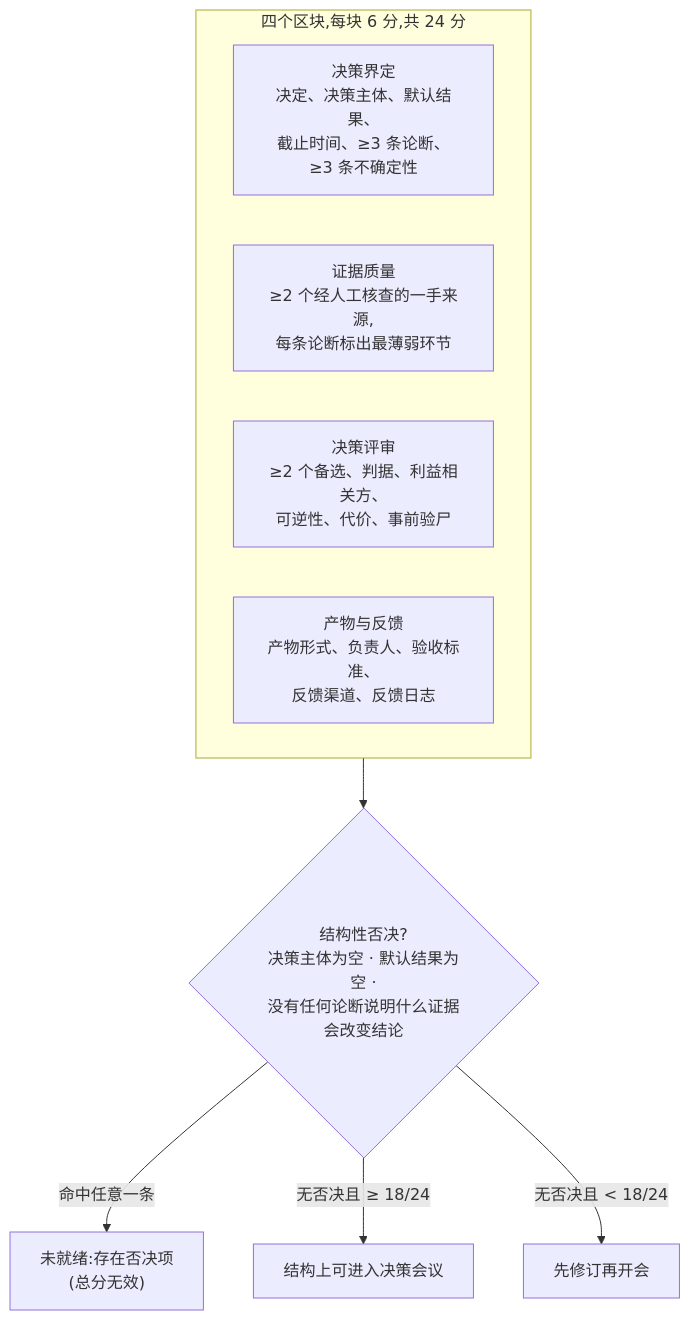
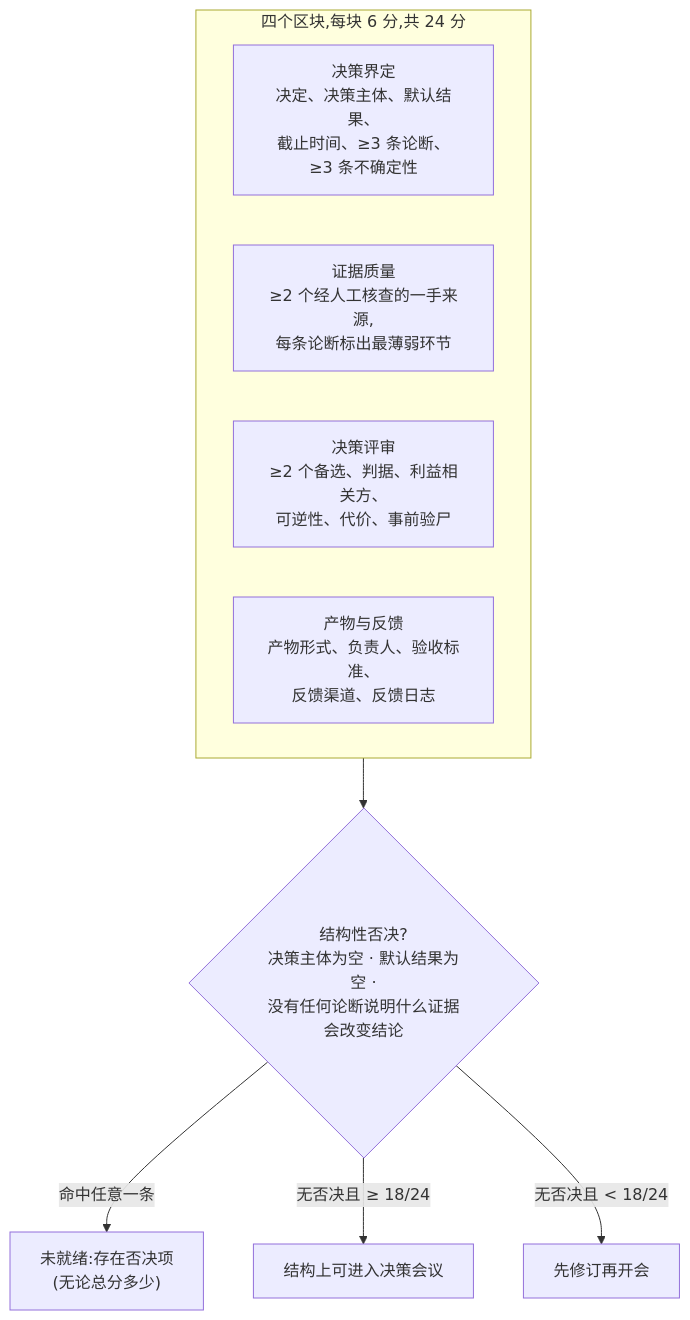
Before and after one commit to Anonymousyz/research-to-decision-toolkit: the second of 2 diagrams in README.zh-CN.md, drawn with Mermaid. The commit also changed other lines of this file and 2 other files, not shown here.

````diff
--- a/README.zh-CN.md
+++ b/README.zh-CN.md
@@ -103,13 +114,13 @@
 ```mermaid
 flowchart TB
     subgraph areas["四个区块,每块 6 分,共 24 分"]
         A1["决策界定<br/>决定、决策主体、默认结果、<br/>截止时间、≥3 条论断、≥3 条不确定性"]
         A2["证据质量<br/>≥2 个经人工核查的一手来源,<br/>每条论断标出最薄弱环节"]
         A3["决策评审<br/>≥2 个备选、判据、利益相关方、<br/>可逆性、代价、事前验尸"]
         A4["产物与反馈<br/>产物形式、负责人、验收标准、<br/>反馈渠道、反馈日志"]
     end
     areas --> S{"结构性否决?<br/>决策主体为空 · 默认结果为空 ·<br/>没有任何论断说明什么证据会改变结论"}
-    S -- "命中任意一条" --> V["未就绪:存在否决项<br/>(总分无效)"]
+    S -- "命中任意一条" --> V["未就绪:存在否决项<br/>(无论总分多少)"]
     S -- "无否决且 ≥ 18/24" --> R["结构上可进入决策会议"]
     S -- "无否决且 < 18/24" --> W["先修订再开会"]
 ```
````
